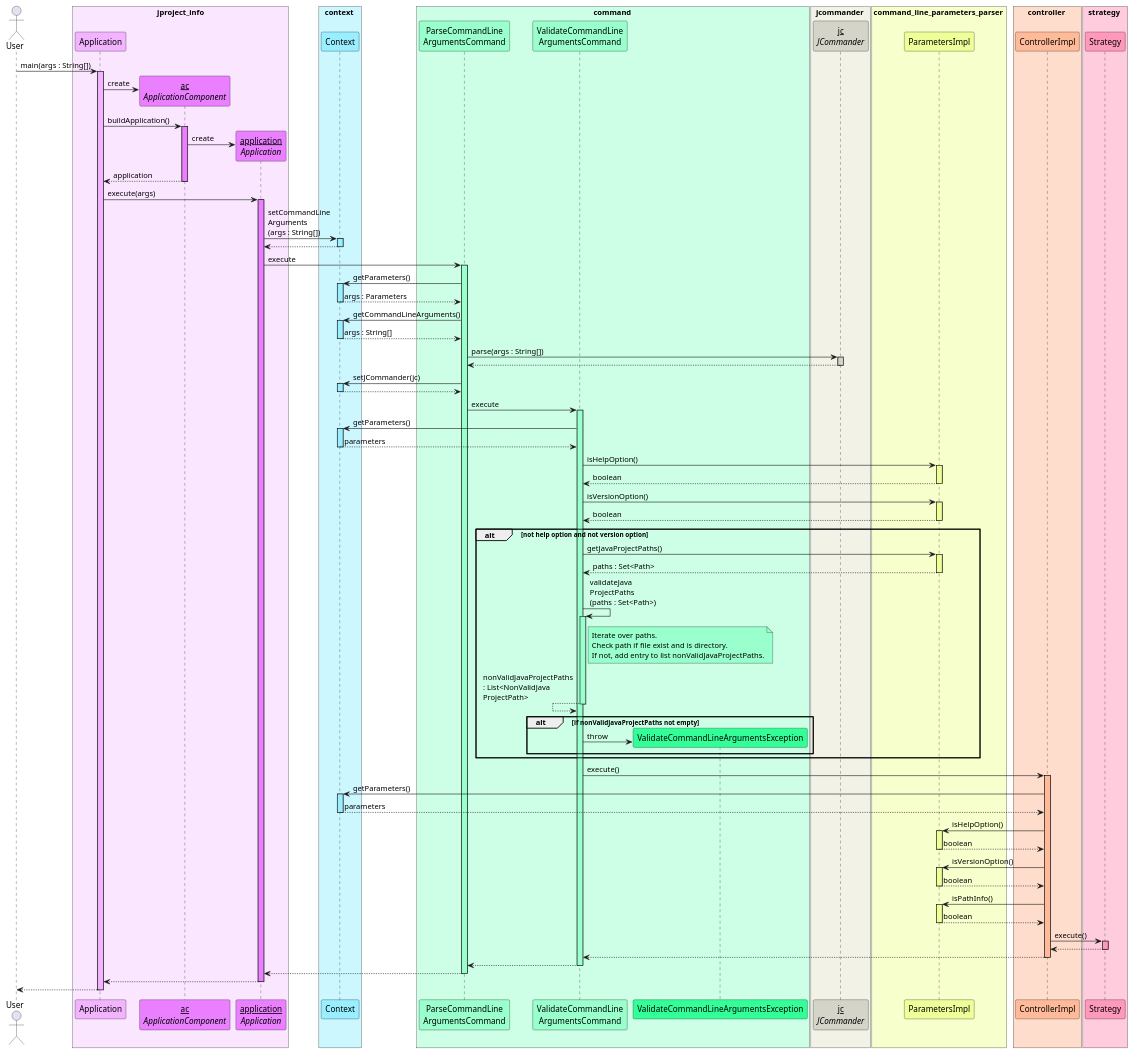
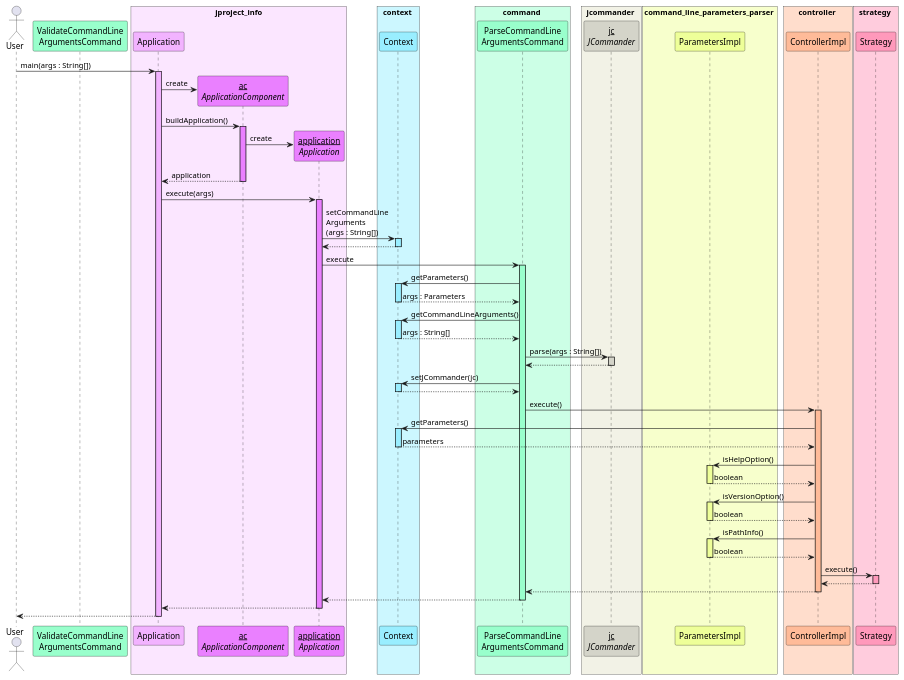
Before and after one commit to teinelund/jproject-info: the diagram in sequencediagram_application.puml, drawn with PlantUML. The commit also changed 1 other file, not shown here.

Commit message:
Changed Plant UML sequence diagrams to reflect the new refactoring.

```diff
--- a/sequencediagram_application.puml
+++ b/sequencediagram_application.puml
@@ -1,144 +1,107 @@
 @startuml
 autoactivate on
 
 actor User
 participant "__application__\n//Application//" as Application1 #EA80FF
 participant "__ac__\n//ApplicationComponent//" as ApplicationComponent1 #EA80FF
 participant "__jc__\n//JCommander//" as JCommander1 #d4d4c9
 participant "ParseCommandLine\nArgumentsCommand" as ParseCommandLineArgumentsCommand #99FFCC
 participant "ValidateCommandLine\nArgumentsCommand" as ValidateCommandLineArgumentsCommand #99FFCC
 
 box "jproject_info" #FBE6FF
 participant Application #F2B3FF
 participant ApplicationComponent1
 participant Application1
 end box
 
 box context #CCF7FF
 participant Context #99EEFF
 end box
 
 box command #CCFFE6
 participant ParseCommandLineArgumentsCommand #99FFCC
-participant ValidateCommandLineArgumentsCommand #99FFCC
-participant ValidateCommandLineArgumentsException #33FF99
 end box
 
 box jcommander #f2f2e6
 participant JCommander1
 end box
 
 box command_line_parameters_parser #F7FFCC
 participant ParametersImpl #EEFF99
 end box
 
 box controller #FFDDCC
 participant ControllerImpl #FFBB99
 end box
 
 box strategy #FFCCDD
 participant Strategy #FF99BB
 end box
 
 User -> Application #F2B3FF : main(args : String[])
 
 Application -> ApplicationComponent1 ** : create
 Application -> ApplicationComponent1 #EA80FF : buildApplication()
 
 ApplicationComponent1 -> Application1 ** : create
 
 Application <-- ApplicationComponent1 : application
 
 '
 ' Application execute
 Application -> Application1 #EA80FF : execute(args)
 
 Application1 -> Context #99EEFF : setCommandLine\nArguments\n(args : String[])
 Application1 <-- Context
 
 
 '
 ' ParseCommandLineArgumentsCommand execute
 Application1 -> ParseCommandLineArgumentsCommand #99FFCC : execute
 
 ParseCommandLineArgumentsCommand -> Context #99EEFF : getParameters()
 ParseCommandLineArgumentsCommand <-- Context : args : Parameters
 
 ParseCommandLineArgumentsCommand -> Context #99EEFF : getCommandLineArguments()
 ParseCommandLineArgumentsCommand <-- Context : args : String[]
 
 ParseCommandLineArgumentsCommand -> JCommander1 #d4d4c9 : parse(args : String[])
 ParseCommandLineArgumentsCommand <-- JCommander1
 
 ParseCommandLineArgumentsCommand -> Context #99EEFF : setJCommander(jc)
 ParseCommandLineArgumentsCommand <-- Context
 
 
 '
-' ValidateCommandLineArgumentsCommand execute
-ParseCommandLineArgumentsCommand -> ValidateCommandLineArgumentsCommand #99FFCC : execute
-
-ValidateCommandLineArgumentsCommand -> Context #99EEFF : getParameters()
-ValidateCommandLineArgumentsCommand <-- Context : parameters
-
-ValidateCommandLineArgumentsCommand -> ParametersImpl #EEFF99 : isHelpOption()
-ValidateCommandLineArgumentsCommand <-- ParametersImpl : boolean
-
-ValidateCommandLineArgumentsCommand -> ParametersImpl #EEFF99 : isVersionOption()
-ValidateCommandLineArgumentsCommand <-- ParametersImpl : boolean
-
-alt not help option and not version option
-
-ValidateCommandLineArgumentsCommand -> ParametersImpl #EEFF99 : getJavaProjectPaths()
-ValidateCommandLineArgumentsCommand <-- ParametersImpl : paths : Set<Path>
-
-ValidateCommandLineArgumentsCommand -> ValidateCommandLineArgumentsCommand #99FFCC : validateJava\nProjectPaths\n(paths : Set<Path>)
-
-note right of ValidateCommandLineArgumentsCommand #99FFCC: Iterate over paths.\nCheck path if file exist and is directory.\nIf not, add entry to list nonValidJavaProjectPaths.
-
-ValidateCommandLineArgumentsCommand <-- ValidateCommandLineArgumentsCommand : nonValidJavaProjectPaths\n: List<NonValidJava\nProjectPath>
-
-alt if nonValidJavaProjectPaths not empty
-ValidateCommandLineArgumentsCommand -> ValidateCommandLineArgumentsException ** : throw
-end
-
-end
-
-
-'
 ' ControllerImpl execute
-ValidateCommandLineArgumentsCommand -> ControllerImpl #FFBB99 : execute()
+ParseCommandLineArgumentsCommand -> ControllerImpl #FFBB99 : execute()
 
 ControllerImpl -> Context #99EEFF : getParameters()
 ControllerImpl <-- Context : parameters
 
 ControllerImpl -> ParametersImpl #EEFF99 : isHelpOption()
 ControllerImpl <-- ParametersImpl : boolean
 
 ControllerImpl -> ParametersImpl #EEFF99 : isVersionOption()
 ControllerImpl <-- ParametersImpl : boolean
 
 ControllerImpl -> ParametersImpl #EEFF99 : isPathInfo()
 ControllerImpl <-- ParametersImpl : boolean
 
 ControllerImpl -> Strategy #FF99BB : execute()
 ControllerImpl <-- Strategy
 
 '
 ' ControllerImpl execute finish
-ValidateCommandLineArgumentsCommand <-- ControllerImpl
-
-'
-' ValidateCommandLineArgumentsCommand execute finish
-ParseCommandLineArgumentsCommand <-- ValidateCommandLineArgumentsCommand
+ParseCommandLineArgumentsCommand <-- ControllerImpl
 
 '
 ' ParseCommandLineArgumentsCommand execute finish
 Application1 <-- ParseCommandLineArgumentsCommand
 
 '
 ' Application execute finish
 Application <-- Application1
 
 User <-- Application
 @enduml
```
